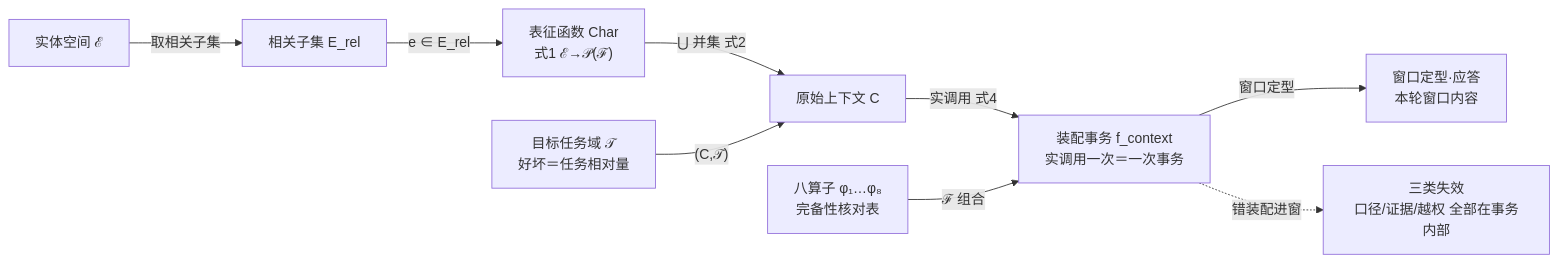
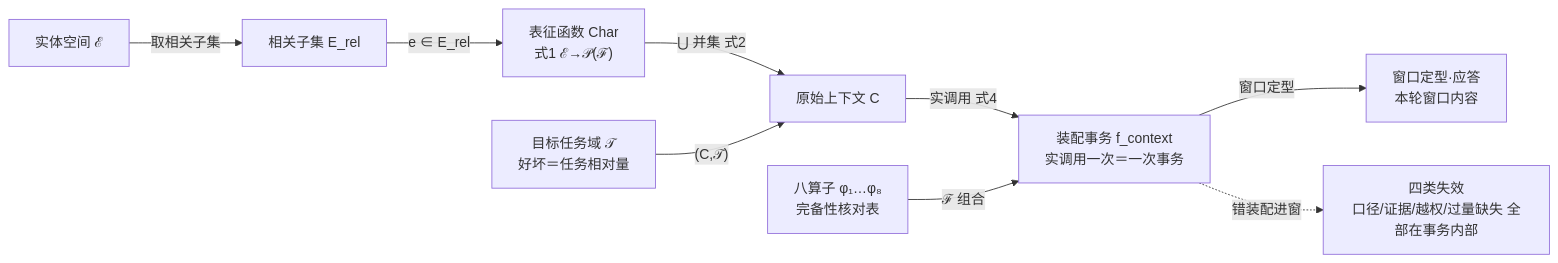
One commit to ThreeFish-AI/negentropy changed the diagram in docs/assets/mermaid/cognitive-context/context-layer-blueprint--first-class-object.mmd. Above: the diagram before and after it, drawn with Mermaid. The commit also changed 24 other files, not shown here.

First line of the commit message:
docs(diagrams): 三图随登记簿十簇口径重渲——failure-map 增 1.10 协作簇节点与 1.6/1.8 行数更新、architecture 验收面十簇×49 行、first-class-object 四类失效节点（sublabel 收紧过 validate 字号门），candidate/mmd/HTML/双主题 PNG/四门回执全套再生，旧 browser-check 回执挪走重跑，mermaid README 计数同步;

```diff
--- a/docs/assets/mermaid/cognitive-context/context-layer-blueprint--first-class-object.mmd
+++ b/docs/assets/mermaid/cognitive-context/context-layer-blueprint--first-class-object.mmd
@@ -1,14 +1,14 @@
-%%source: docs/research/cognitive-context/013-context-layer-blueprint.md §2 第一性对象与分析单元（式2 并集、式3/4 装配事务；三类失效三个根因冻结口径）
+%%source: docs/research/cognitive-context/013-context-layer-blueprint.md §2 第一性对象与分析单元（式2 并集、式3/4 装配事务；四类失效四个根因：数据侧三承 011、模型侧一为本篇补充）
 %%slug: cognitive-context/context-layer-blueprint--first-class-object
 %%type: dataflow
-%%derived: archify dataflow v1, authored fresh（新图：ℰ→E_rel→Char→C→(C,𝒯)→f_context 装配事务主链；三类失效挂事务内部、八算子作加工位）
+%%derived: archify dataflow v1, authored fresh（新图：ℰ→E_rel→Char→C→(C,𝒯)→f_context 装配事务主链；四类失效挂事务内部、八算子作加工位）
 %% fix: 2026-10-10 式3→式4 口径对齐正文 §2.4
 flowchart LR
     ESPACE["实体空间 ℰ"] -->|"取相关子集"| EREL["相关子集 E_rel"]
     EREL -->|"e ∈ E_rel"| CHAR["表征函数 Char<br/>式1 ℰ→𝒫(ℱ)"]
     CHAR -->|"⋃ 并集 式2"| C["原始上下文 C"]
     TASK["目标任务域 𝒯<br/>好坏＝任务相对量"] -->|"(C,𝒯)"| C
     C -->|"实调用 式4"| TXN["装配事务 f_context<br/>实调用一次＝一次事务"]
     OPS["八算子 φ₁…φ₈<br/>完备性核对表"] -->|"ℱ 组合"| TXN
     TXN -->|"窗口定型"| ANSWER["窗口定型·应答<br/>本轮窗口内容"]
-    TXN -.->|"错装配进窗"| SYM["三类失效<br/>口径/证据/越权 全部在事务内部"]
+    TXN -.->|"错装配进窗"| SYM["四类失效<br/>口径/证据/越权/过量缺失 全部在事务内部"]
```
